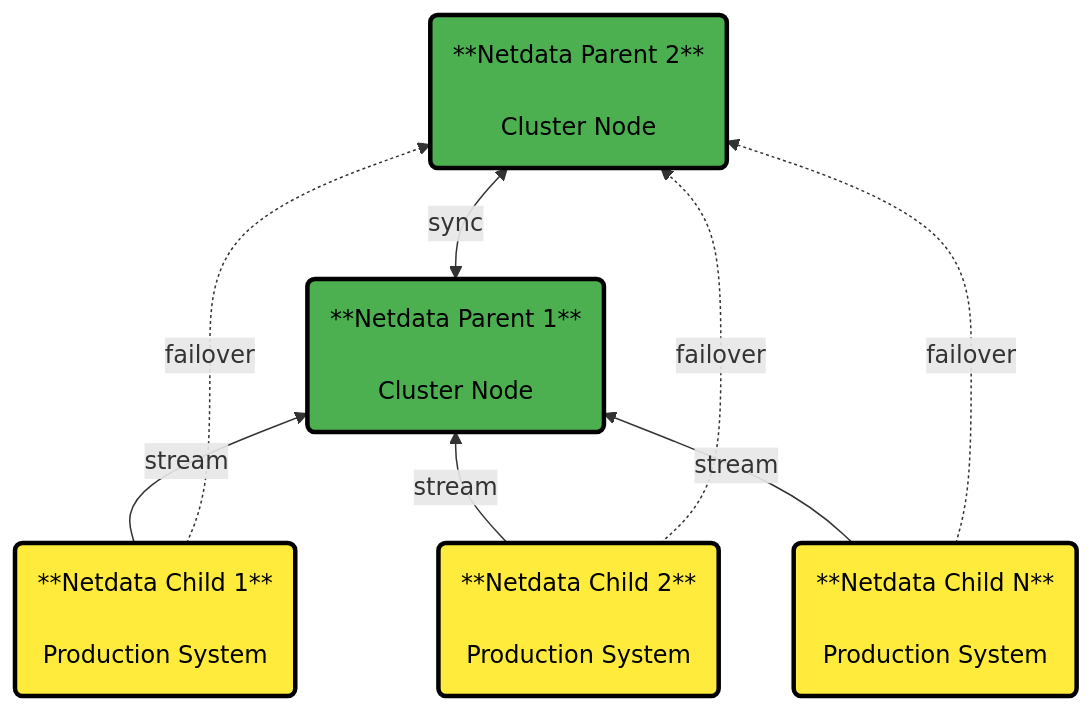
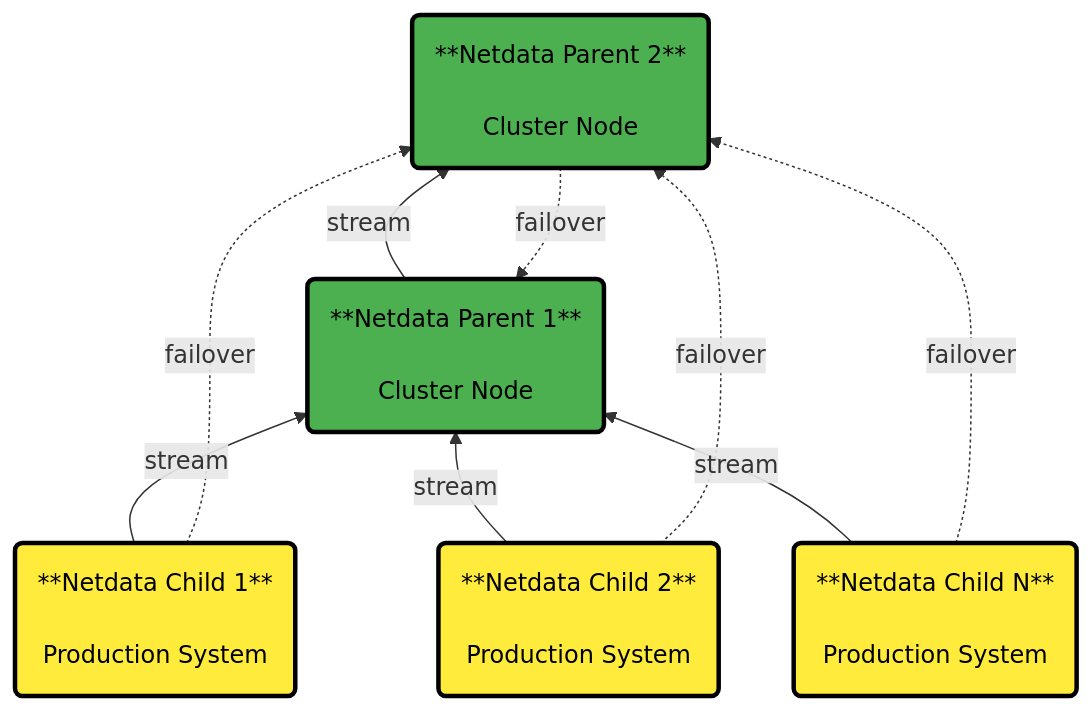
Before and after one commit to netdata/netdata: the diagram in docs/observability-centralization-points/metrics-centralization-points/README.md, drawn with Mermaid. The commit also changed 1 other file, not shown here.

Commit message:
docs: drop stray opencode.json and align parent sync edge with clustering diagram
opencode.json was an unrelated tooling artifact leaked into the diff.
The P1<->P2 edge now uses the same stream/failover styling as the
canonical clustering-and-high-availability-of-netdata-parents.md
diagram instead of a one-off "sync" label.

````diff
--- a/docs/observability-centralization-points/metrics-centralization-points/README.md
+++ b/docs/observability-centralization-points/metrics-centralization-points/README.md
@@ -5,21 +5,22 @@
 ```mermaid
 flowchart BT
     C1("**Netdata Child 1**<br/><br/>Production System")
     C2("**Netdata Child 2**<br/><br/>Production System")
     C3("**Netdata Child N**<br/><br/>Production System")
     P1("**Netdata Parent 1**<br/><br/>Cluster Node")
     P2("**Netdata Parent 2**<br/><br/>Cluster Node")
     C1 -->|stream| P1
     C2 -->|stream| P1
     C3 -->|stream| P1
     C1 & C2 & C3 -.->|failover| P2
-    P1 <-->|sync| P2
+    P1 -->|stream| P2
+    P2 -.->|failover| P1
     
     %% Style definitions
     classDef child fill:#ffeb3b,stroke:#000000,stroke-width:3px,color:#000000,font-size:16px
     classDef parent fill:#4caf50,stroke:#000000,stroke-width:3px,color:#000000,font-size:16px
     
     %% Apply styles
     class C1,C2,C3 child
     class P1,P2 parent
 ```
````
